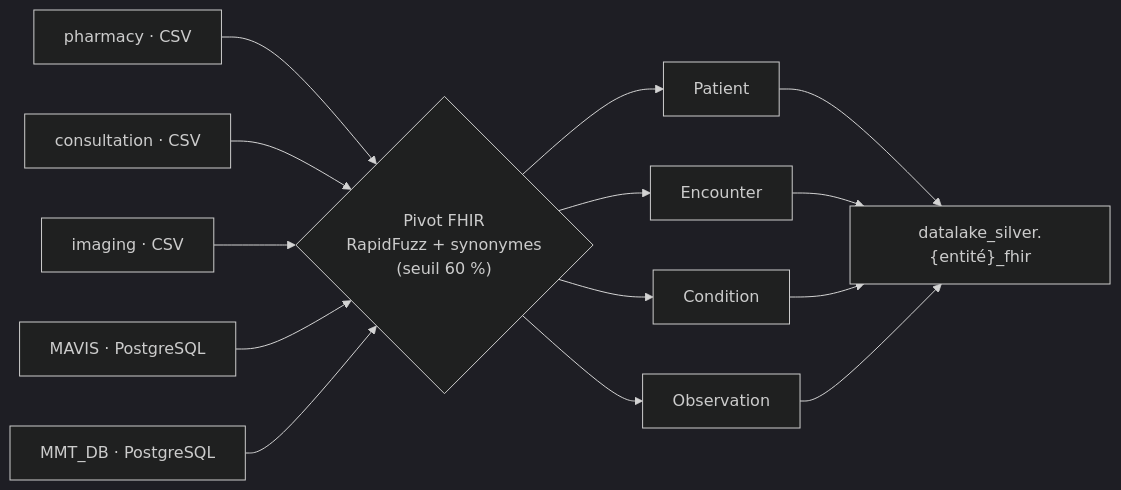
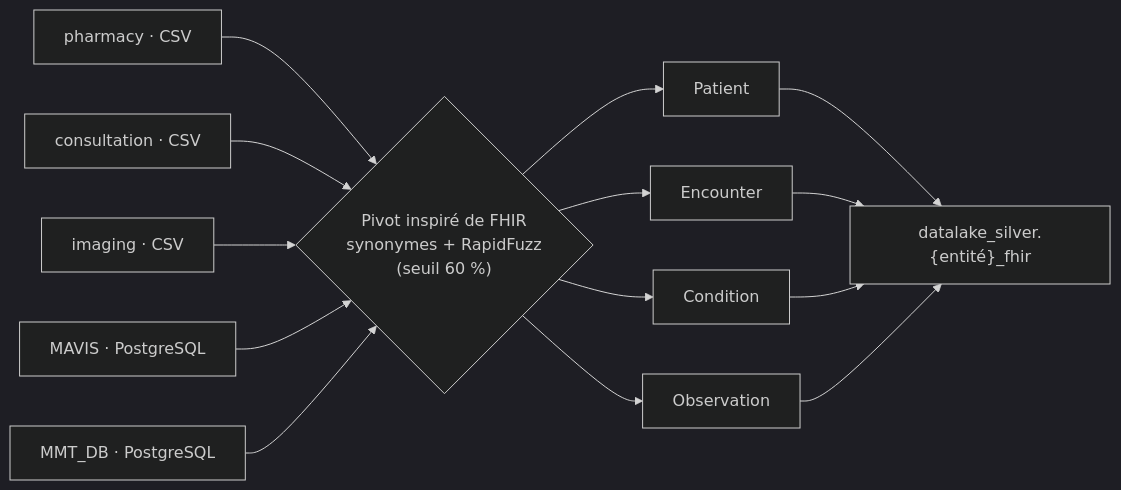
Before and after one commit to Alphamanjaka/test-big-data: the third of 4 diagrams in documents/documentation/bigdata_concepts.md, drawn with Mermaid (dark theme). The commit also changed other lines of this file and 35 other files, not shown here.

````diff
--- a/documents/documentation/bigdata_concepts.md
+++ b/documents/documentation/bigdata_concepts.md
@@ -140,16 +185,16 @@
 ```mermaid
 flowchart LR
-    PHA["pharmacy · CSV"] --> PIVOT{"Pivot FHIR<br/>RapidFuzz + synonymes<br/>(seuil 60 %)"}
+    PHA["pharmacy · CSV"] --> PIVOT{"Pivot inspiré de FHIR<br/>synonymes + RapidFuzz<br/>(seuil 60 %)"}
     CON["consultation · CSV"] --> PIVOT
     IMA["imaging · CSV"] --> PIVOT
     MAV["MAVIS · PostgreSQL"] --> PIVOT
     MMT["MMT_DB · PostgreSQL"] --> PIVOT
     PIVOT --> PAT["Patient"]
     PIVOT --> ENC["Encounter"]
     PIVOT --> CON2["Condition"]
     PIVOT --> OBS["Observation"]
     PAT --> SIL2["datalake_silver.{entité}_fhir"]
     ENC --> SIL2
     CON2 --> SIL2
     OBS --> SIL2
 ```
````
